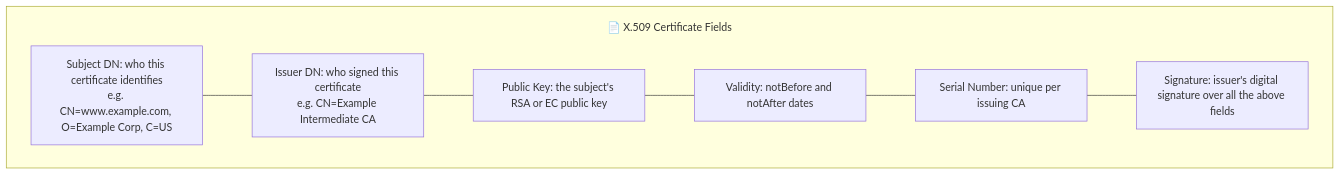
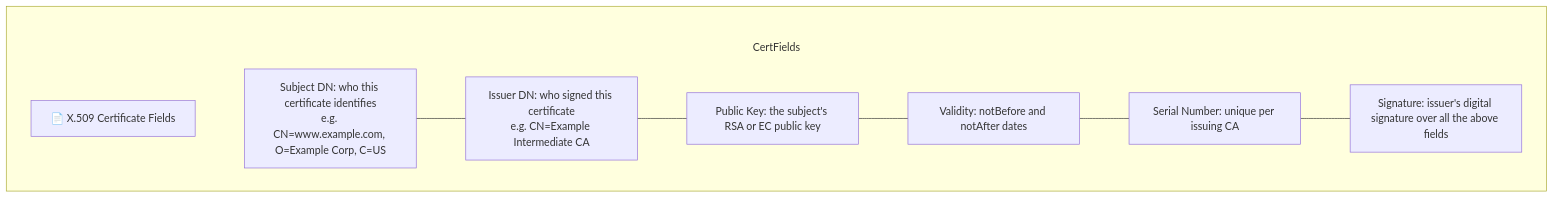
Before and after one commit to csoares/SecurityJava: the sixth of 6 diagrams in src/main/java/security/pki/README.md, drawn with Mermaid. The commit also changed other lines of this file and 11 other files, not shown here.

Commit message:
Fix Mermaid subgraph title overlap by moving labels into title nodes Replace subgraph label syntax (which overlaps first node) with explicit title nodes inside each subgraph, connected via invisible edges (~~~). Also increase subGraphTitleMargin top padding from 20 to 50 for extra space.

````diff
--- a/src/main/java/security/pki/README.md
+++ b/src/main/java/security/pki/README.md
@@ -94,13 +98,15 @@
 ```mermaid
-%%{init: {'flowchart': {'subGraphTitleMargin': {'top': 20, 'bottom': 5}}}}%%
+%%{init: {'flowchart': {'subGraphTitleMargin': {'top': 50, 'bottom': 10}}}}%%
 flowchart TD
-    subgraph CertFields ["📄 X.509 Certificate Fields"]
+    subgraph CertFields
+        T_CertFields["📄 X.509 Certificate Fields"]
+        T_CertFields ~~~ F1
         F1["Subject DN: who this certificate identifies<br/>e.g. CN=www.example.com, O=Example Corp, C=US"]
         F2["Issuer DN: who signed this certificate<br/>e.g. CN=Example Intermediate CA"]
         F3["Public Key: the subject's RSA or EC public key"]
         F4["Validity: notBefore and notAfter dates"]
         F5["Serial Number: unique per issuing CA"]
         F6["Signature: issuer's digital signature over all the above fields"]
         F1 --- F2 --- F3 --- F4 --- F5 --- F6
     end
 ```
````
